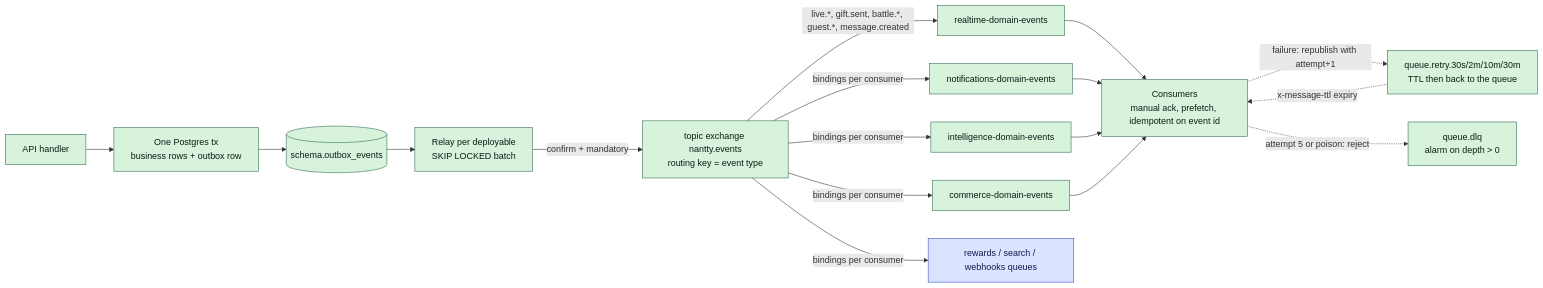
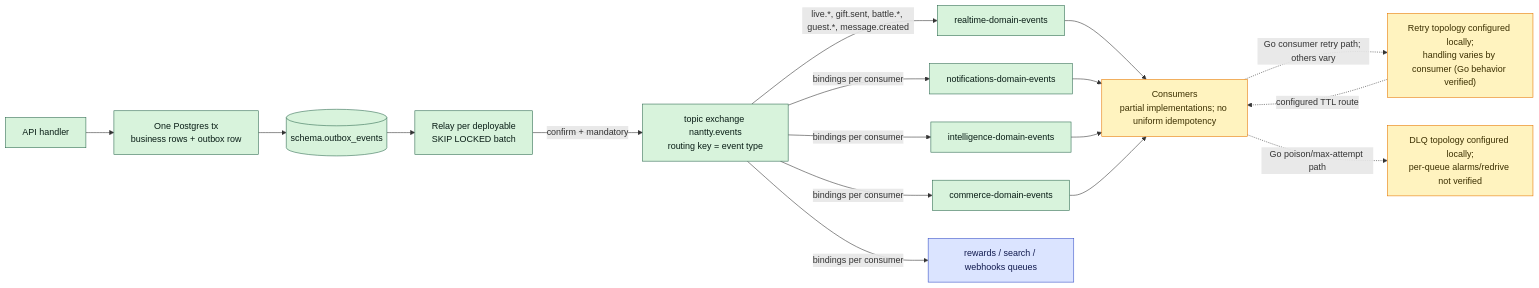
One commit to telente-technologies/nantty changed the first of 2 diagrams in docs/architecture/events.md. Above: the diagram before and after it, drawn with Mermaid. The commit also changed other lines of this file and 6 other files, not shown here.

First line of the commit message:
Refactor logistics documentation and update marketplace architecture

````diff
--- a/docs/architecture/events.md
+++ b/docs/architecture/events.md
@@ -24,27 +27,28 @@
 ```mermaid
 flowchart LR
   classDef existing fill:#d8f3dc,stroke:#2d6a4f,color:#081c15
+  classDef partial fill:#fff3bf,stroke:#e67700,color:#3b2f00
   classDef proposed fill:#dbe4ff,stroke:#364fc7,color:#10194d
 
   api["API handler"]:::existing
   tx["One Postgres tx<br/>business rows + outbox row"]:::existing
   outbox[("schema.outbox_events")]:::existing
   relay["Relay per deployable<br/>SKIP LOCKED batch"]:::existing
   ex["topic exchange nantty.events<br/>routing key = event type"]:::existing
   qRt["realtime-domain-events"]:::existing
   qNotif["notifications-domain-events"]:::existing
   qIntel["intelligence-domain-events"]:::existing
   qCommerce["commerce-domain-events"]:::existing
   qRewards["rewards / search / webhooks queues"]:::proposed
-  retry["queue.retry.30s/2m/10m/30m<br/>TTL then back to the queue"]:::existing
-  dlq["queue.dlq<br/>alarm on depth > 0"]:::existing
-  consumers["Consumers<br/>manual ack, prefetch, idempotent on event id"]:::existing
+  retry["Retry topology configured locally;<br/>handling varies by consumer (Go behavior verified)"]:::partial
+  dlq["DLQ topology configured locally;<br/>per-queue alarms/redrive not verified"]:::partial
+  consumers["Consumers<br/>partial implementations; no uniform idempotency"]:::partial
 
   api --> tx --> outbox --> relay -- "confirm + mandatory" --> ex
   ex -- "live.*, gift.sent, battle.*, guest.*, message.created" --> qRt
   ex -- "bindings per consumer" --> qNotif & qIntel & qCommerce & qRewards
   qRt & qNotif & qIntel & qCommerce --> consumers
-  consumers -. "failure: republish with attempt+1" .-> retry
-  retry -. "x-message-ttl expiry" .-> consumers
-  consumers -. "attempt 5 or poison: reject" .-> dlq
+  consumers -. "Go consumer retry path; others vary" .-> retry
+  retry -. "configured TTL route" .-> consumers
+  consumers -. "Go poison/max-attempt path" .-> dlq
 ```
````
